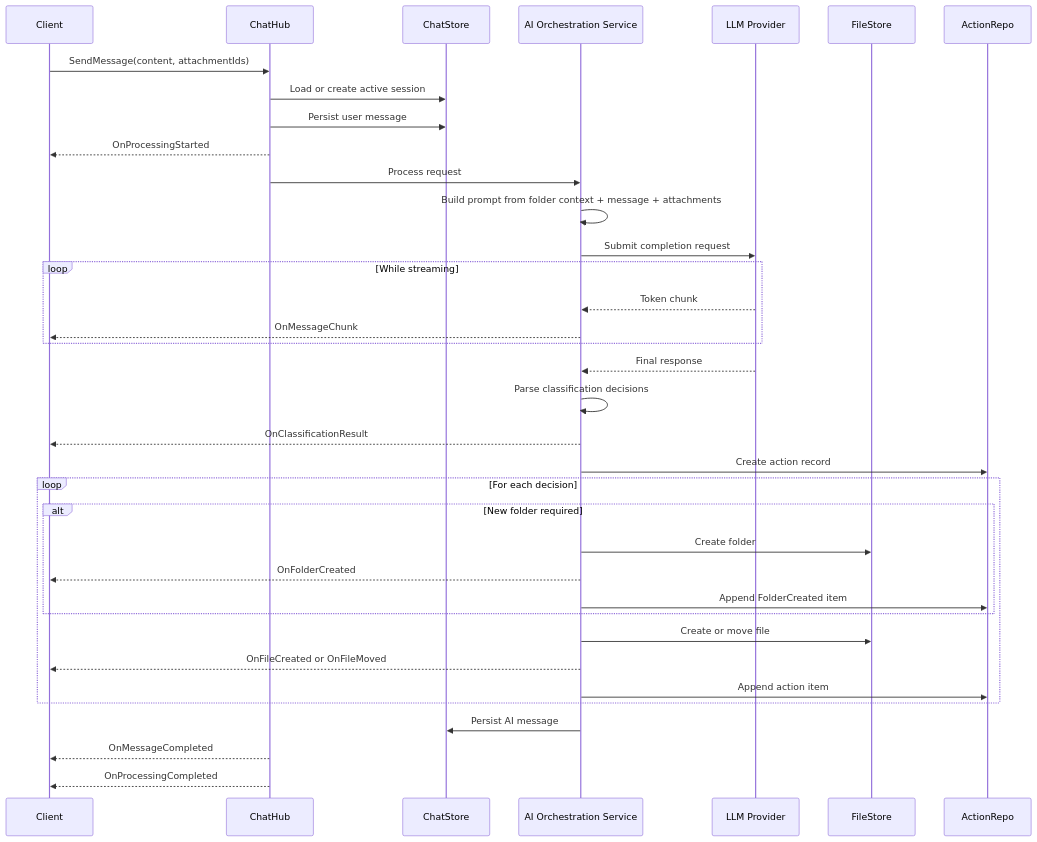
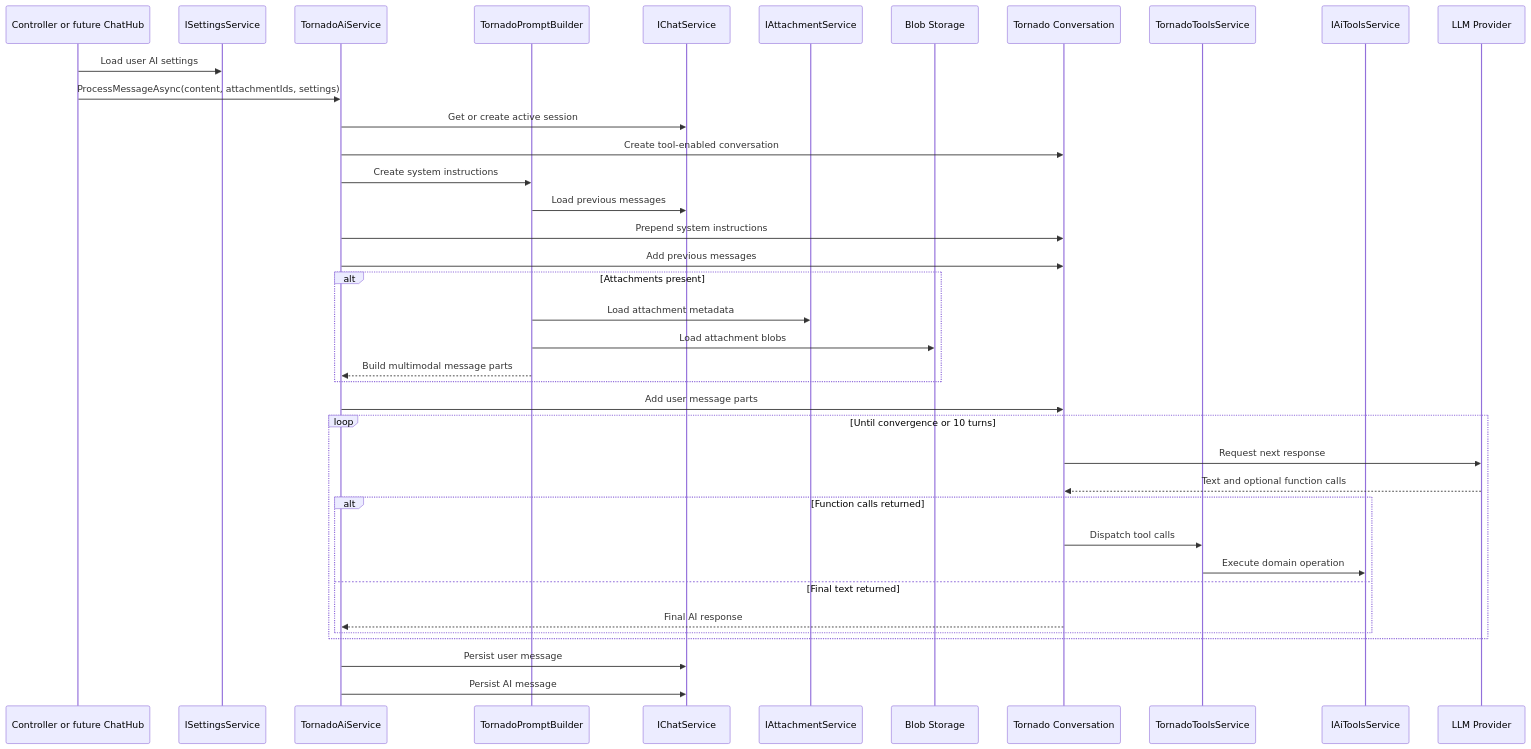
The first of 4 diagrams in docs/agents/API_ARCHITECTURE.md (BarminGeorge/ShuKnow), drawn with Mermaid before and after one commit. The commit also changed other lines of this file and 4 other files, not shown here.

````diff
--- a/docs/agents/API_ARCHITECTURE.md
+++ b/docs/agents/API_ARCHITECTURE.md
@@ -36,46 +35,45 @@
 ```mermaid
 sequenceDiagram
-    participant Client
-    participant ChatHub
-    participant ChatStore
-    participant AIOrch as AI Orchestration Service
-    participant AI as LLM Provider
-    participant FileStore
-    participant ActionRepo
+    participant Caller as Controller or future ChatHub
+    participant Settings as ISettingsService
+    participant AI as TornadoAiService
+    participant Prompt as TornadoPromptBuilder
+    participant Chat as IChatService
+    participant Attach as IAttachmentService
+    participant Blob as Blob Storage
+    participant Conv as Tornado Conversation
+    participant Tools as TornadoToolsService
+    participant ToolPort as IAiToolsService
+    participant LLM as LLM Provider
 
-    Client->>ChatHub: SendMessage(content, attachmentIds)
-    ChatHub->>ChatStore: Load or create active session
-    ChatHub->>ChatStore: Persist user message
-    ChatHub-->>Client: OnProcessingStarted
+    Caller->>Settings: Load user AI settings
+    Caller->>AI: ProcessMessageAsync(content, attachmentIds, settings)
+    AI->>Chat: Get or create active session
+    AI->>Conv: Create tool-enabled conversation
+    AI->>Prompt: Create system instructions
+    Prompt->>Chat: Load previous messages
+    AI->>Conv: Prepend system instructions
+    AI->>Conv: Add previous messages
 
-    ChatHub->>AIOrch: Process request
-    AIOrch->>AIOrch: Build prompt from folder context + message + attachments
-    AIOrch->>AI: Submit completion request
-
-    loop While streaming
-        AI-->>AIOrch: Token chunk
-        AIOrch-->>Client: OnMessageChunk
+    alt Attachments present
+        Prompt->>Attach: Load attachment metadata
+        Prompt->>Blob: Load attachment blobs
+        Prompt-->>AI: Build multimodal message parts
     end
 
-    AI-->>AIOrch: Final response
-    AIOrch->>AIOrch: Parse classification decisions
-    AIOrch-->>Client: OnClassificationResult
+    AI->>Conv: Add user message parts
 
-    AIOrch->>ActionRepo: Create action record
-
-    loop For each decision
-        alt New folder required
-            AIOrch->>FileStore: Create folder
-            AIOrch-->>Client: OnFolderCreated
-            AIOrch->>ActionRepo: Append FolderCreated item
+    loop Until convergence or 10 turns
+        Conv->>LLM: Request next response
+        LLM-->>Conv: Text and optional function calls
+        alt Function calls returned
+            Conv->>Tools: Dispatch tool calls
+            Tools->>ToolPort: Execute domain operation
+        else Final text returned
+            Conv-->>AI: Final AI response
         end
-
-        AIOrch->>FileStore: Create or move file
-        AIOrch-->>Client: OnFileCreated or OnFileMoved
-        AIOrch->>ActionRepo: Append action item
     end
 
-    AIOrch->>ChatStore: Persist AI message
-    ChatHub-->>Client: OnMessageCompleted
-    ChatHub-->>Client: OnProcessingCompleted
+    AI->>Chat: Persist user message
+    AI->>Chat: Persist AI message
 ```
````
